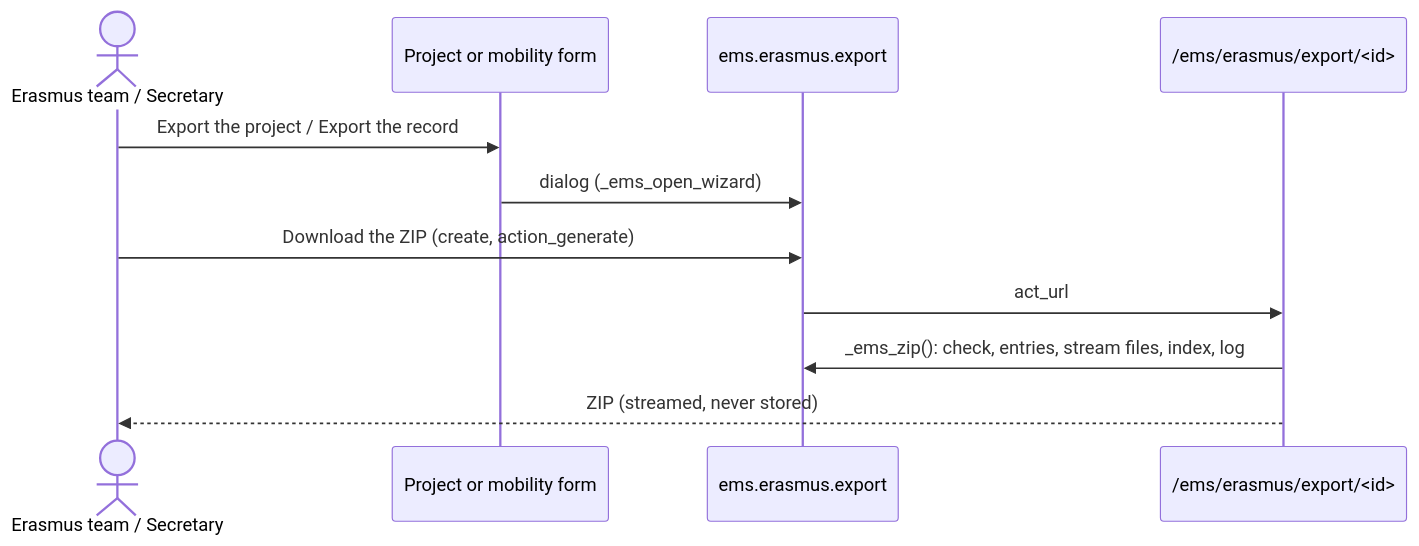
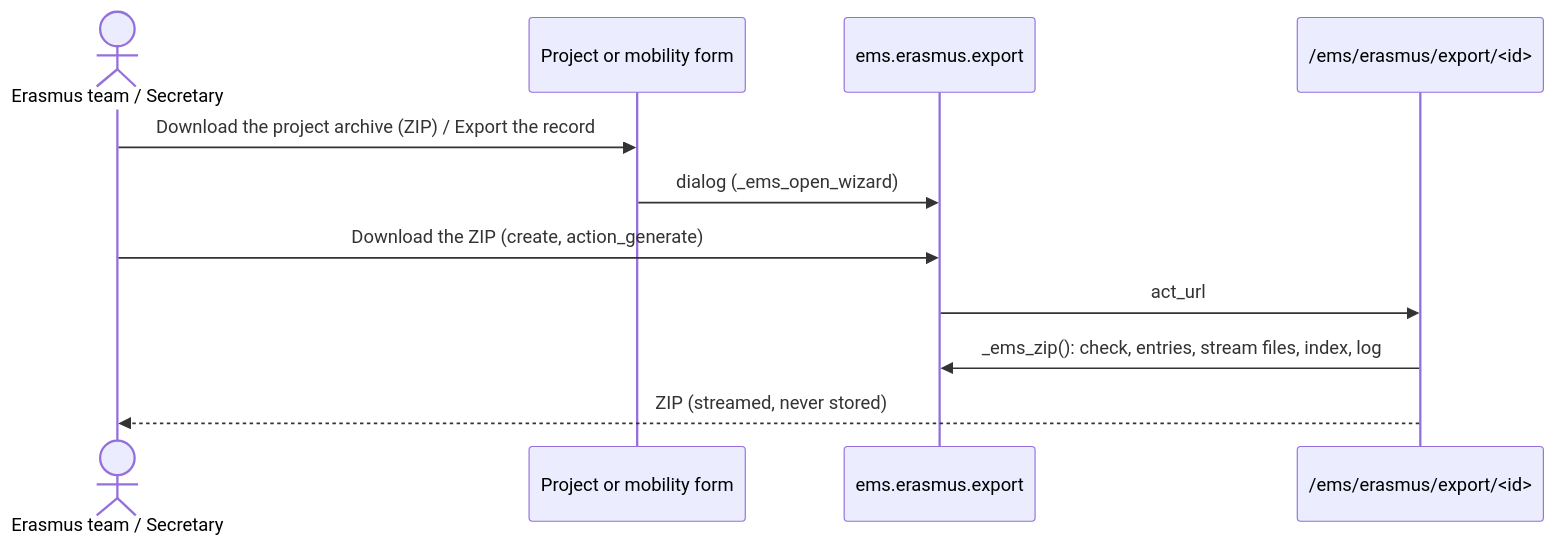
The second of 3 diagrams in docs/en/developers/erasmus/records.md (ElPuig/EMS), drawn with Mermaid before and after one commit. The commit also changed 63 other files, not shown here.

````diff
--- a/docs/en/developers/erasmus/records.md
+++ b/docs/en/developers/erasmus/records.md
@@ -117,13 +117,13 @@
 ```mermaid
 sequenceDiagram
     actor U as Erasmus team / Secretary
     participant F as Project or mobility form
     participant X as ems.erasmus.export
     participant C as /ems/erasmus/export/<id>
-    U->>F: Export the project / Export the record
+    U->>F: Download the project archive (ZIP) / Export the record
     F->>X: dialog (_ems_open_wizard)
     U->>X: Download the ZIP (create, action_generate)
     X->>C: act_url
     C->>X: _ems_zip(): check, entries, stream files, index, log
     C-->>U: ZIP (streamed, never stored)
 ```
````
